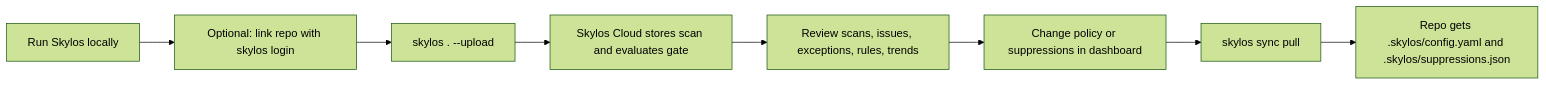
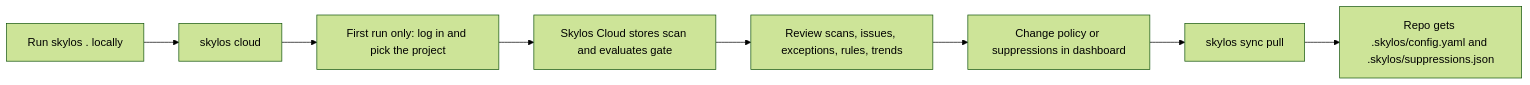
The diagram in docs/cloud.mdx (duriantaco/skylos-docs), drawn with Mermaid (forest theme) before and after one commit. The commit also changed other lines of this file and 9 other files, not shown here.

Commit message:
docs: make skylos cloud the way to use Skylos Cloud

````diff
--- a/docs/cloud.mdx
+++ b/docs/cloud.mdx
@@ -95,10 +205,10 @@
 ```mermaid
 flowchart LR
-    A[Run Skylos locally] --> B[Optional: link repo with skylos login]
-    B --> C[skylos . --upload]
+    A[Run skylos . locally] --> B[skylos cloud]
+    B --> C[First run only: log in and pick the project]
     C --> D[Skylos Cloud stores scan and evaluates gate]
     D --> E[Review scans, issues, exceptions, rules, trends]
     E --> F[Change policy or suppressions in dashboard]
     F --> G[skylos sync pull]
     G --> H[Repo gets .skylos/config.yaml and .skylos/suppressions.json]
 ```
````
